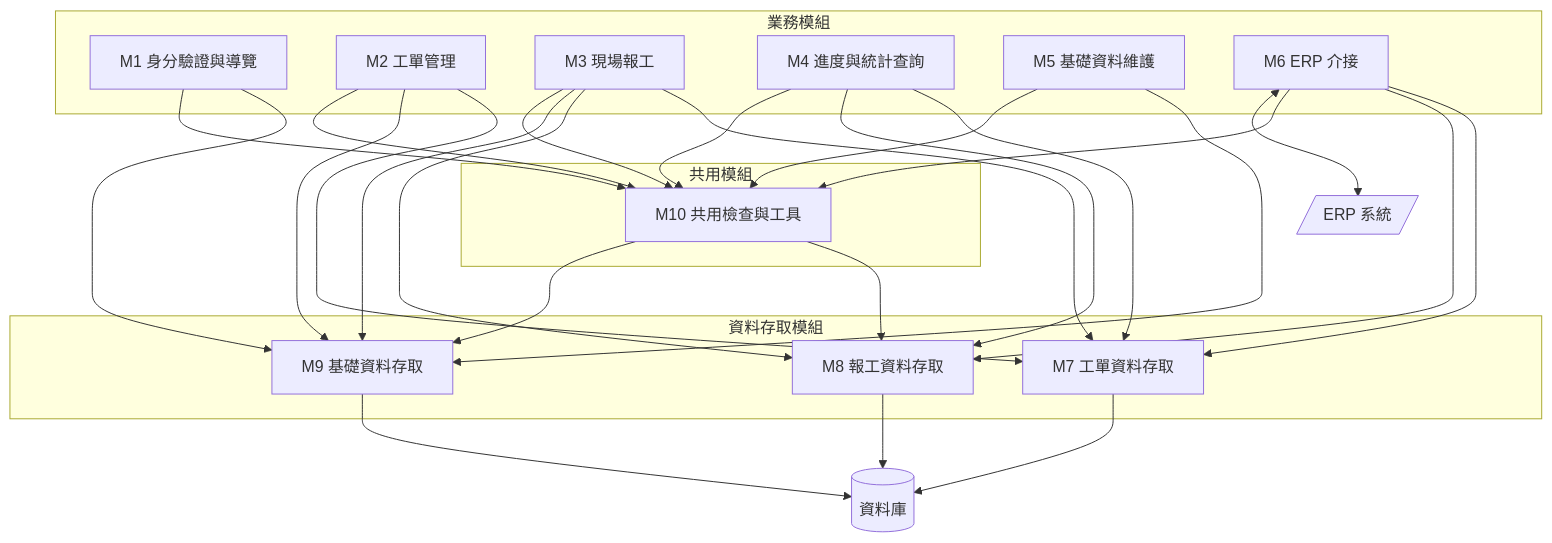
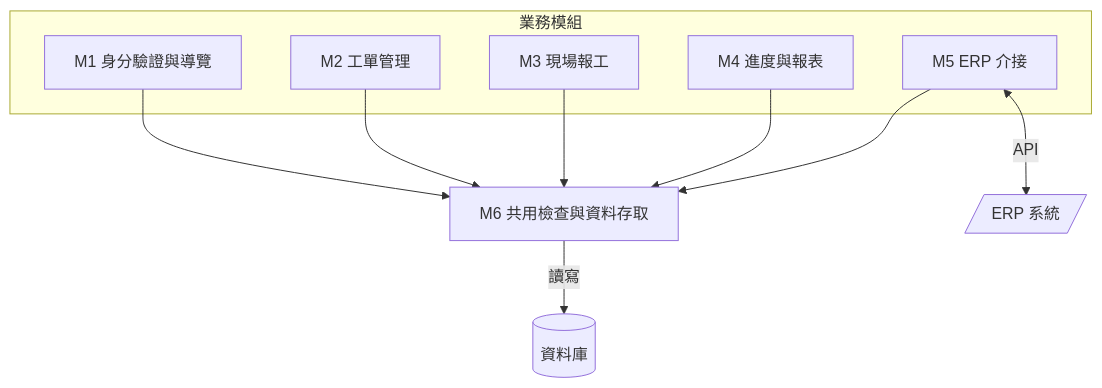
The first of 8 diagrams in 03-example-reports/Design-Phase-Sample-Report.md (billy1125/system-analysis-and-design), drawn with Mermaid before and after one commit. The commit also changed other lines of this file and 1 other file, not shown here.

````diff
--- a/03-example-reports/Design-Phase-Sample-Report.md
+++ b/03-example-reports/Design-Phase-Sample-Report.md
@@ -274,50 +201,22 @@
 ```mermaid
 flowchart TB
     subgraph BIZ[業務模組]
         M1[M1 身分驗證與導覽]
         M2[M2 工單管理]
         M3[M3 現場報工]
-        M4[M4 進度與統計查詢]
-        M5[M5 基礎資料維護]
-        M6[M6 ERP 介接]
+        M4[M4 進度與報表]
+        M5[M5 ERP 介接]
     end
 
-    subgraph SHARED[共用模組]
-        M10[M10 共用檢查與工具]
-    end
-
-    subgraph DATA[資料存取模組]
-        M7[M7 工單資料存取]
-        M8[M8 報工資料存取]
-        M9[M9 基礎資料存取]
-    end
-
+    M6[M6 共用檢查與資料存取]
     DB[(資料庫)]
     ERP[/ERP 系統/]
 
-    M1 --> M9
-    M1 --> M10
-    M2 --> M7
-    M2 --> M9
-    M2 --> M10
-    M3 --> M7
-    M3 --> M8
-    M3 --> M9
-    M3 --> M10
-    M4 --> M7
-    M4 --> M8
-    M4 --> M10
-    M5 --> M9
-    M5 --> M10
-    M6 --> M7
-    M6 --> M8
-    M6 --> M10
-
-    M10 --> M8
-    M10 --> M9
-
-    M7 --> DB
-    M8 --> DB
-    M9 --> DB
-    M6 <--> ERP
+    M1 --> M6
+    M2 --> M6
+    M3 --> M6
+    M4 --> M6
+    M5 --> M6
+    M6 -->|讀寫| DB
+    M5 <-->|API| ERP
 ```
````
